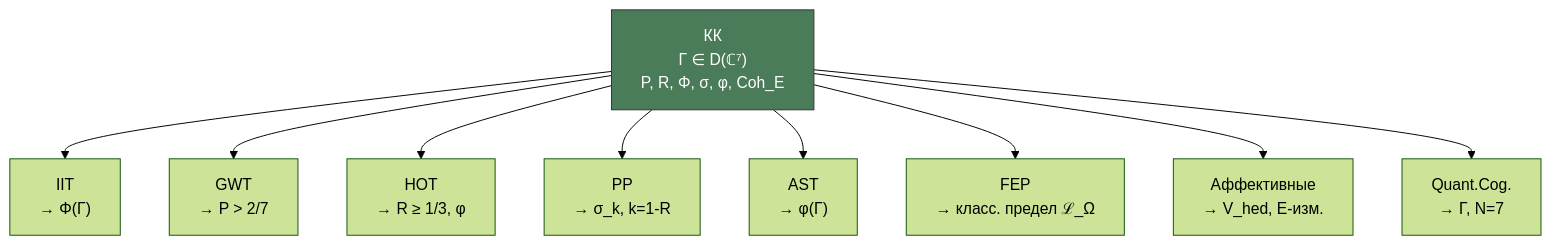
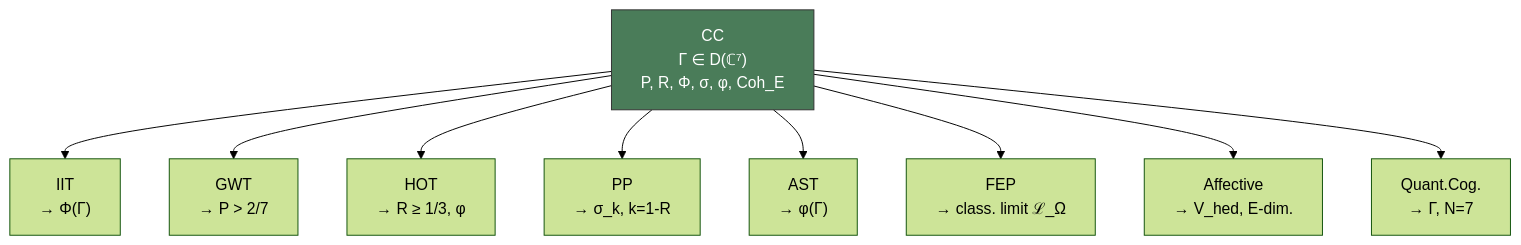
The second of 2 diagrams in website/docs/consciousness/comparative/consciousness-theories.md (gst-st/uhm), drawn with Mermaid (forest theme) before and after one commit. The commit also changed other lines of this file and 79 other files, not shown here.

````diff
--- a/website/docs/consciousness/comparative/consciousness-theories.md
+++ b/website/docs/consciousness/comparative/consciousness-theories.md
@@ -1937,24 +1937,24 @@
 ```mermaid
 graph TD
-    KK["КК<br/>Γ ∈ D(ℂ⁷)<br/>P, R, Φ, σ, φ, Coh_E"]
+    KK["CC<br/>Γ ∈ D(ℂ⁷)<br/>P, R, Φ, σ, φ, Coh_E"]
 
     IIT_P["IIT<br/>→ Φ(Γ)"]
     GWT_P["GWT<br/>→ P > 2/7"]
     HOT_P["HOT<br/>→ R ≥ 1/3, φ"]
     PP_P["PP<br/>→ σ_k, k=1-R"]
     AST_P["AST<br/>→ φ(Γ)"]
-    FEP_P["FEP<br/>→ класс. предел ℒ_Ω"]
-    AFF["Аффективные<br/>→ V_hed, E-изм."]
+    FEP_P["FEP<br/>→ class. limit ℒ_Ω"]
+    AFF["Affective<br/>→ V_hed, E-dim."]
     QC_P["Quant.Cog.<br/>→ Γ, N=7"]
 
     KK --> IIT_P
     KK --> GWT_P
     KK --> HOT_P
     KK --> PP_P
     KK --> AST_P
     KK --> FEP_P
     KK --> AFF
     KK --> QC_P
 
     style KK fill:#4a7c59,color:#fff,stroke:#333
 ```
````
